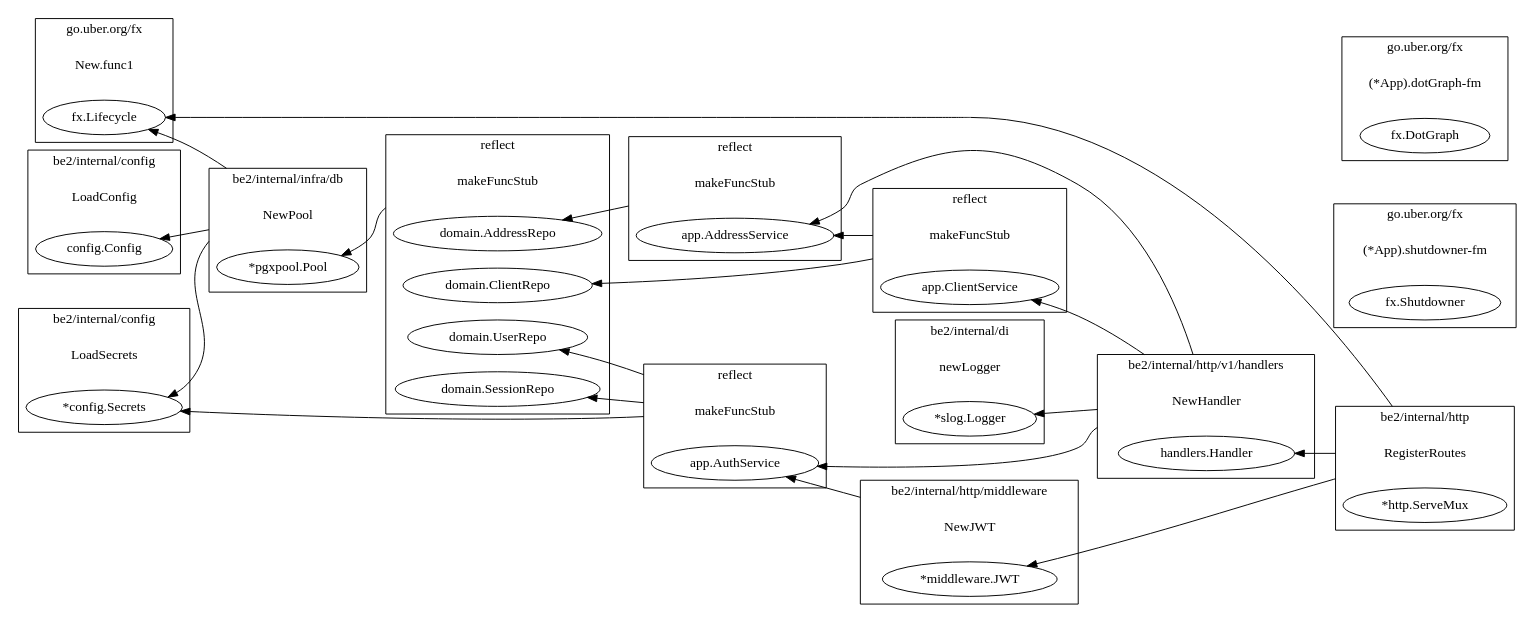
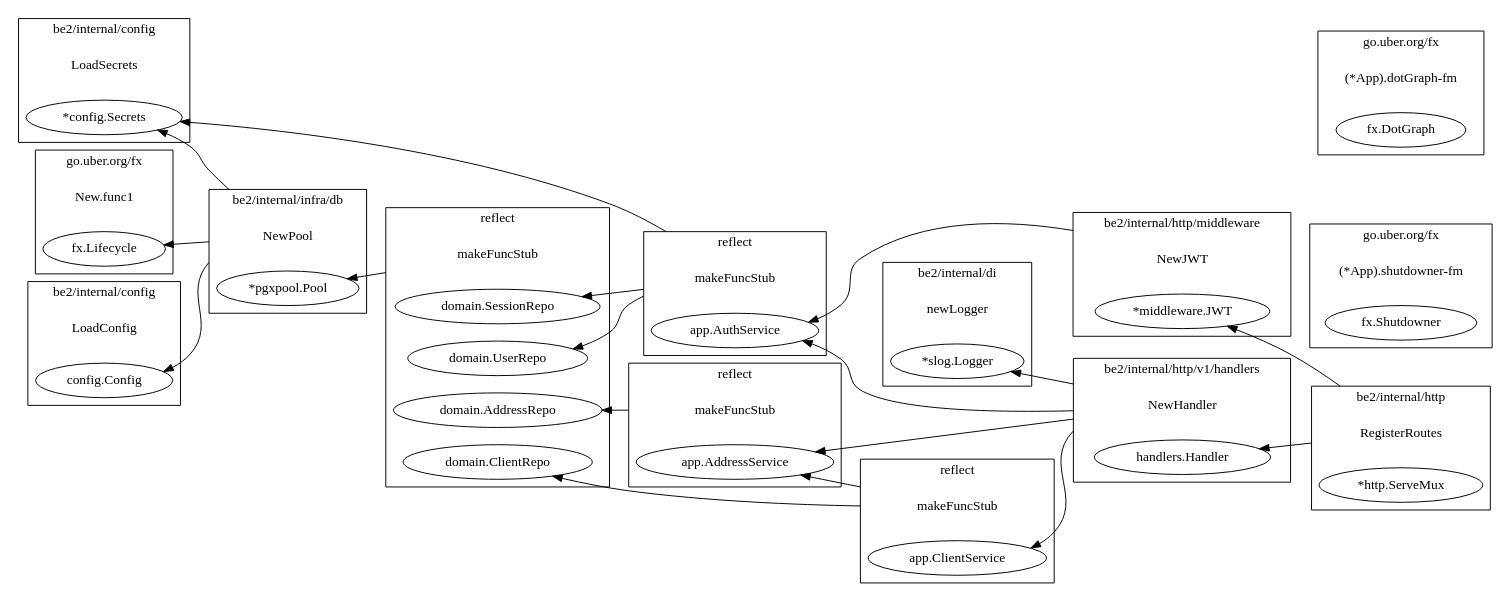
Before and after one commit to aldz231188/be2: the diagram in graph.dot, drawn with Graphviz. The commit also changed 10 other files, not shown here.

```diff
--- a/graph.dot
+++ b/graph.dot
@@ -1,95 +1,94 @@
 digraph {
 	rankdir=RL;
 	graph [compound=true];
 	subgraph cluster_0 {
 		label = "go.uber.org/fx";
 		constructor_0 [shape=plaintext label="New.func1"];
 		"fx.Lifecycle" [label=<fx.Lifecycle>];
 	}
 	subgraph cluster_1 {
 		label = "go.uber.org/fx";
 		constructor_1 [shape=plaintext label="(*App).shutdowner-fm"];
 		"fx.Shutdowner" [label=<fx.Shutdowner>];
 	}
 	subgraph cluster_2 {
 		label = "go.uber.org/fx";
 		constructor_2 [shape=plaintext label="(*App).dotGraph-fm"];
 		"fx.DotGraph" [label=<fx.DotGraph>];
 	}
 	subgraph cluster_3 {
 		label = "be2/internal/config";
 		constructor_3 [shape=plaintext label="LoadConfig"];
 		"config.Config" [label=<config.Config>];
 	}
 	subgraph cluster_4 {
 		label = "be2/internal/config";
 		constructor_4 [shape=plaintext label="LoadSecrets"];
 		"*config.Secrets" [label=<*config.Secrets>];
 	}
 	subgraph cluster_5 {
 		label = "be2/internal/infra/db";
 		constructor_5 [shape=plaintext label="NewPool"];
 		"*pgxpool.Pool" [label=<*pgxpool.Pool>];
 	}
 	constructor_5 -> "fx.Lifecycle" [ltail=cluster_5];
 	constructor_5 -> "config.Config" [ltail=cluster_5];
 	constructor_5 -> "*config.Secrets" [ltail=cluster_5];
 	subgraph cluster_6 {
 		label = "reflect";
 		constructor_6 [shape=plaintext label="makeFuncStub"];
 		"domain.AddressRepo" [label=<domain.AddressRepo>];
 		"domain.ClientRepo" [label=<domain.ClientRepo>];
 		"domain.UserRepo" [label=<domain.UserRepo>];
 		"domain.SessionRepo" [label=<domain.SessionRepo>];
 	}
 	constructor_6 -> "*pgxpool.Pool" [ltail=cluster_6];
 	subgraph cluster_7 {
 		label = "be2/internal/di";
 		constructor_7 [shape=plaintext label="newLogger"];
 		"*slog.Logger" [label=<*slog.Logger>];
 	}
 	subgraph cluster_8 {
 		label = "reflect";
 		constructor_8 [shape=plaintext label="makeFuncStub"];
 		"app.AddressService" [label=<app.AddressService>];
 	}
 	constructor_8 -> "domain.AddressRepo" [ltail=cluster_8];
 	subgraph cluster_9 {
 		label = "reflect";
 		constructor_9 [shape=plaintext label="makeFuncStub"];
 		"app.ClientService" [label=<app.ClientService>];
 	}
 	constructor_9 -> "domain.ClientRepo" [ltail=cluster_9];
 	constructor_9 -> "app.AddressService" [ltail=cluster_9];
 	subgraph cluster_10 {
 		label = "reflect";
 		constructor_10 [shape=plaintext label="makeFuncStub"];
 		"app.AuthService" [label=<app.AuthService>];
 	}
 	constructor_10 -> "domain.UserRepo" [ltail=cluster_10];
 	constructor_10 -> "domain.SessionRepo" [ltail=cluster_10];
 	constructor_10 -> "*config.Secrets" [ltail=cluster_10];
 	subgraph cluster_11 {
 		label = "be2/internal/http/middleware";
 		constructor_11 [shape=plaintext label="NewJWT"];
 		"*middleware.JWT" [label=<*middleware.JWT>];
 	}
 	constructor_11 -> "app.AuthService" [ltail=cluster_11];
 	subgraph cluster_12 {
 		label = "be2/internal/http/v1/handlers";
 		constructor_12 [shape=plaintext label="NewHandler"];
 		"handlers.Handler" [label=<handlers.Handler>];
 	}
 	constructor_12 -> "app.AddressService" [ltail=cluster_12];
 	constructor_12 -> "app.ClientService" [ltail=cluster_12];
 	constructor_12 -> "app.AuthService" [ltail=cluster_12];
 	constructor_12 -> "*slog.Logger" [ltail=cluster_12];
 	subgraph cluster_13 {
 		label = "be2/internal/http";
 		constructor_13 [shape=plaintext label="RegisterRoutes"];
 		"*http.ServeMux" [label=<*http.ServeMux>];
 	}
-	constructor_13 -> "fx.Lifecycle" [ltail=cluster_13];
 	constructor_13 -> "handlers.Handler" [ltail=cluster_13];
 	constructor_13 -> "*middleware.JWT" [ltail=cluster_13];
 }
```
